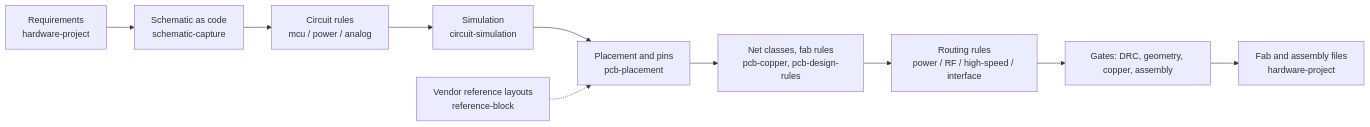
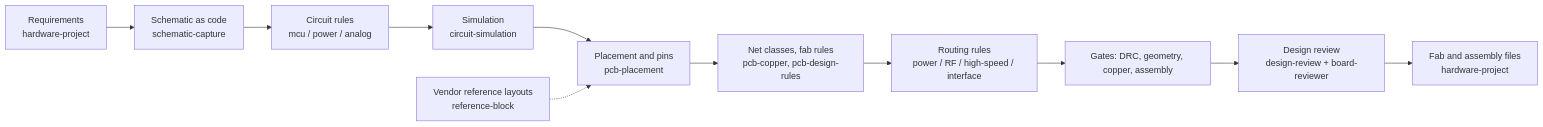
The diagram in README.md (gabrielfrasantos/claude-hardware-skills), drawn with Mermaid before and after one commit. The commit also changed other lines of this file and 16 other files, not shown here.

````diff
--- a/README.md
+++ b/README.md
@@ -26,12 +26,13 @@
 ```mermaid
 flowchart LR
   R[Requirements<br/>hardware-project] --> S[Schematic as code<br/>schematic-capture]
   S --> C[Circuit rules<br/>mcu / power / analog]
   C --> SIM[Simulation<br/>circuit-simulation]
   SIM --> P[Placement and pins<br/>pcb-placement]
   P --> N[Net classes, fab rules<br/>pcb-copper, pcb-design-rules]
   N --> L[Routing rules<br/>power / RF / high-speed / interface]
   L --> G[Gates: DRC, geometry, copper, assembly]
-  G --> F[Fab and assembly files<br/>hardware-project]
+  G --> RV[Design review<br/>design-review + board-reviewer]
+  RV --> F[Fab and assembly files<br/>hardware-project]
   V[Vendor reference layouts<br/>reference-block] -.-> P
 ```
````
